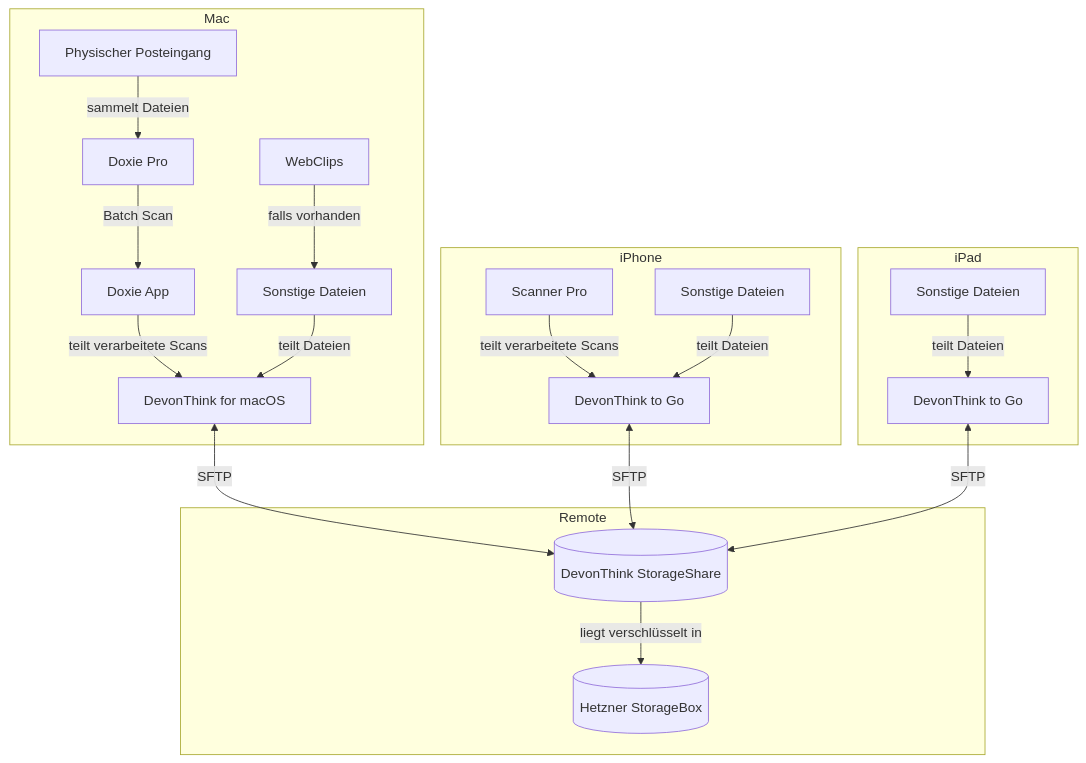
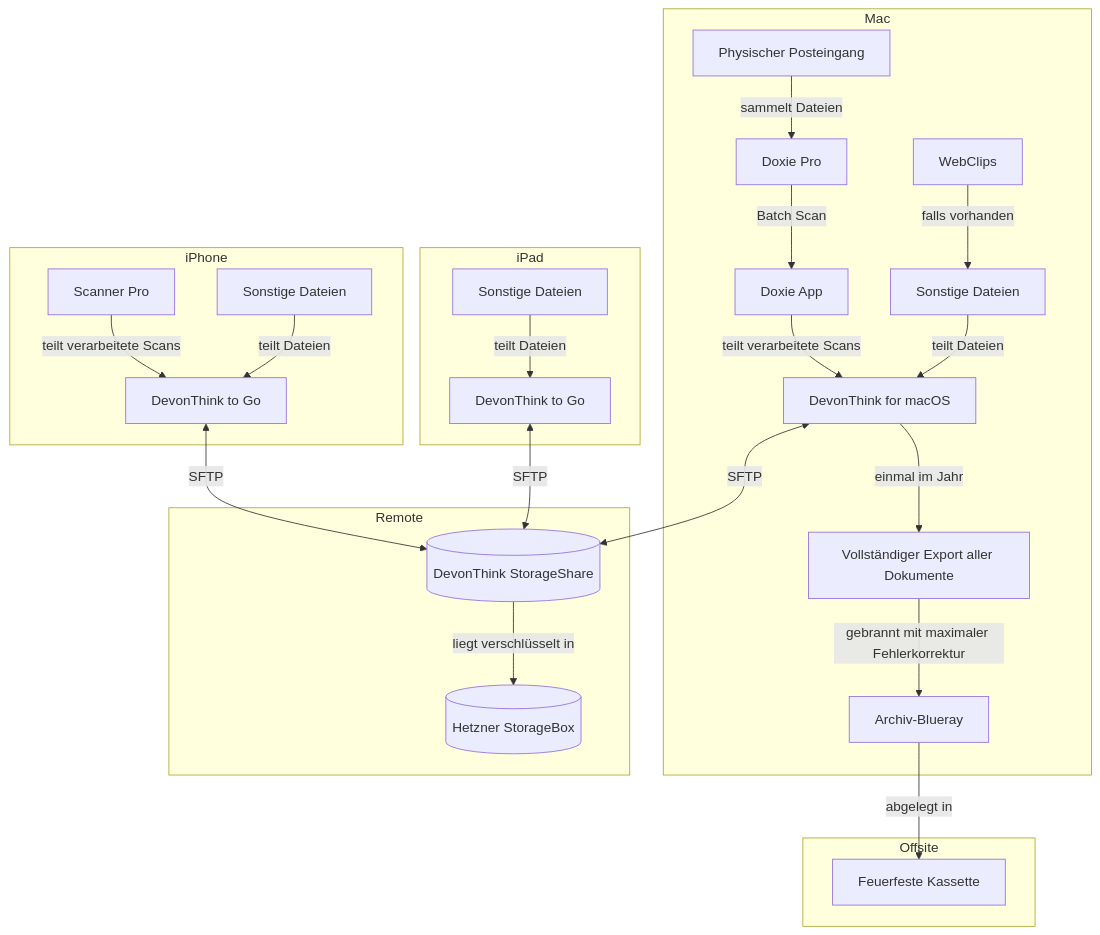
The first of 2 diagrams in docs/verteilung/HomeOffice/paperless-office.md (md42/arc42-website), drawn with Mermaid before and after one commit. The commit also changed other lines of this file, not shown here.

Commit message:
Add offsite backup

````diff
--- a/docs/verteilung/HomeOffice/paperless-office.md
+++ b/docs/verteilung/HomeOffice/paperless-office.md
@@ -5,42 +5,53 @@
 ```mermaid
 flowchart TD
     subgraph Mac
         physicalInbox[Physischer Posteingang]
         physicalScanner[Doxie Pro]
         doxieApp[Doxie App]
         dmac[DevonThink for macOS]
 
         physicalInbox --sammelt Dateien--> physicalScanner
         physicalScanner --Batch Scan--> doxieApp
         doxieApp --teilt verarbeitete Scans-->dmac
 
         webclip[WebClips]--falls vorhanden-->macFiles
         macFiles[Sonstige Dateien]
         
         macFiles --teilt Dateien--> dmac
+
+        export[Vollständiger Export aller Dokumente]
+        blueray[Archiv-Blueray]
+        export --gebrannt mit maximaler Fehlerkorrektur-->blueray
     end
 
     subgraph iPhone
         phoneFiles[Sonstige Dateien]
         phoneScanner[Scanner Pro]
         dmac2go[DevonThink to Go]
 
         phoneScanner --teilt verarbeitete Scans--> dmac2go
         phoneFiles --teilt Dateien--> dmac2go
     end
 
     subgraph iPad
         padFiles[Sonstige Dateien]
         dmac2gop[DevonThink to Go]
         
         padFiles --teilt Dateien--> dmac2gop
     end
 
     dmac & dmac2go & dmac2gop <--SFTP--> storageshare
 
     subgraph Remote
         storageshare[(DevonThink StorageShare)]
         storagebox[(Hetzner StorageBox)]
         storageshare--liegt verschlüsselt in-->storagebox
     end
+
+    subgraph Offsite
+        safe[Feuerfeste Kassette]
+        blueray --abgelegt in-->safe
+    end
+
+    dmac --einmal im Jahr --> export
 ```
````
